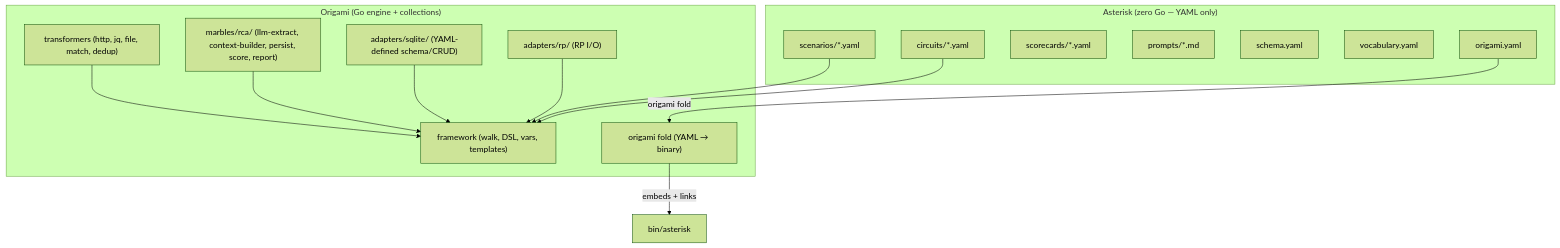
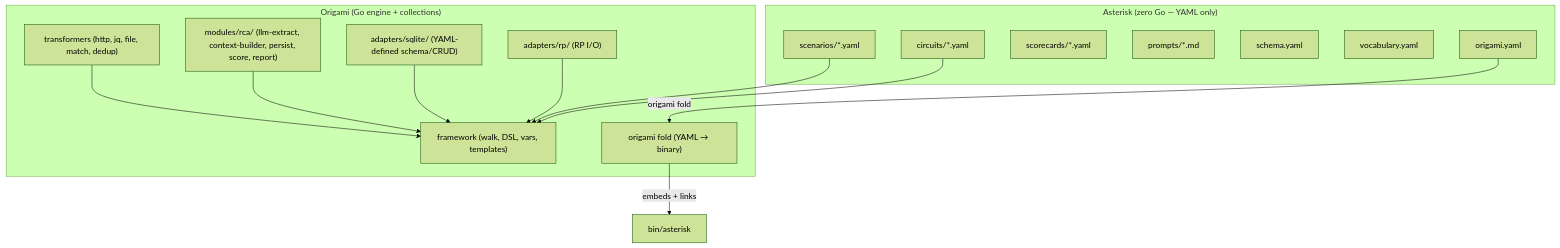
The diagram in .cursor/contracts/current-goal.mdc (dpopsuev/asterisk), drawn with Mermaid (forest theme) before and after one commit. The commit also changed other lines of this file and 5 other files, not shown here.

````diff
--- a/.cursor/contracts/current-goal.mdc
+++ b/.cursor/contracts/current-goal.mdc
@@ -82,28 +69,28 @@
 ```mermaid
 flowchart TB
   subgraph asterisk ["Asterisk (zero Go — YAML only)"]
     circuits["circuits/*.yaml"]
     scenarios["scenarios/*.yaml"]
     scorecards["scorecards/*.yaml"]
     prompts["prompts/*.md"]
     schema["schema.yaml"]
     vocab["vocabulary.yaml"]
     manifest["origami.yaml"]
   end
   subgraph origami ["Origami (Go engine + collections)"]
     engine["framework (walk, DSL, vars, templates)"]
     rpAdapter["adapters/rp/ (RP I/O)"]
     sqliteAdapter["adapters/sqlite/ (YAML-defined schema/CRUD)"]
-    rcaMarbles["marbles/rca/ (llm-extract, context-builder, persist, score, report)"]
+    rcaModules["modules/rca/ (llm-extract, context-builder, persist, score, report)"]
     fold["origami fold (YAML → binary)"]
     transformers["transformers (http, jq, file, match, dedup)"]
   end
   manifest -->|"origami fold"| fold
   fold -->|"embeds + links"| binary["bin/asterisk"]
   circuits --> engine
   scenarios --> engine
   rpAdapter --> engine
   sqliteAdapter --> engine
-  rcaMarbles --> engine
+  rcaModules --> engine
   transformers --> engine
 ```
````
